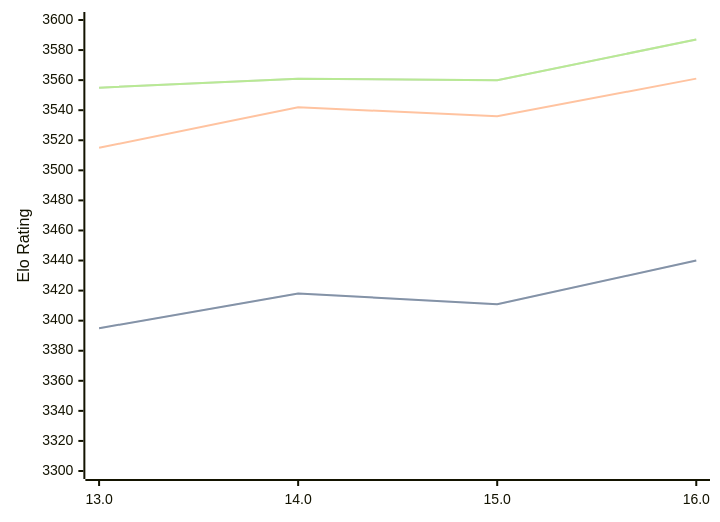
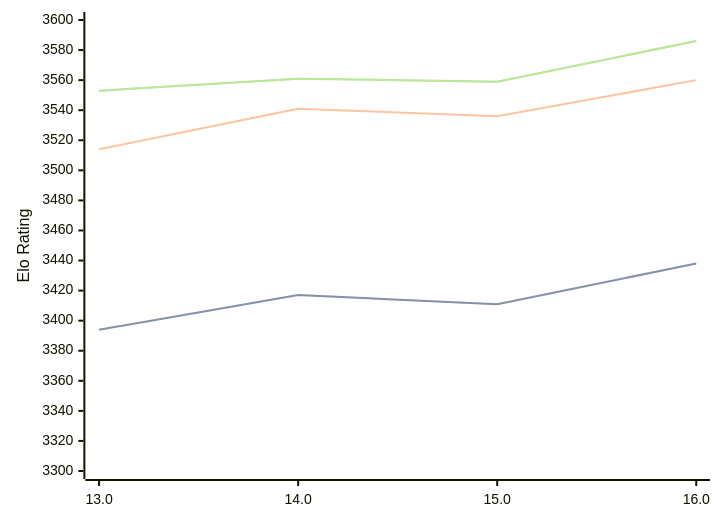
The diagram in engines/Obsidian.md (computer-chess-index/cci), drawn with Mermaid before and after one commit. The commit also changed other lines of this file, not shown here.

Commit message:
Update CCI Ratings (ELO VLTC) - 2026-09-01

````diff
--- a/engines/Obsidian.md
+++ b/engines/Obsidian.md
@@ -34,11 +34,11 @@
 ```mermaid
 %%{init: {"theme":"base","themeVariables":{"seriesColors:['#a3a3a3','#222221','#faa371']}}}%%
 xychart-beta
   x-axis ["13.0", "14.0", "15.0", "16.0"]
   y-axis "Elo Rating" 3300 --> 3600
-  line "" [3395, 3418, 3411, 3440]
-  line "STC (8.0+0.08s)" [3395, 3418, 3411, 3440]
-  line "LTC (60.0+0.60s)" [3515, 3542, 3536, 3561]
-  line "" [3555, 3561, 3560, 3587]
-  line "VLTC (2m24s+1.12s)" [3555, 3561, 3560, 3587]
+  line "" [3394, 3417, 3411, 3438]
+  line "STC (8.0+0.08s)" [3394, 3417, 3411, 3438]
+  line "LTC (60.0+0.60s)" [3514, 3541, 3536, 3560]
+  line "" [3553, 3561, 3559, 3586]
+  line "VLTC (2m24s+1.12s)" [3553, 3561, 3559, 3586]
 ```
````
